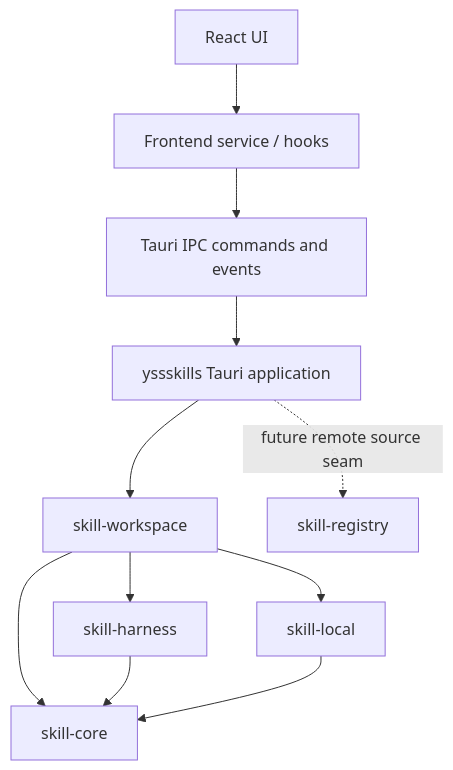
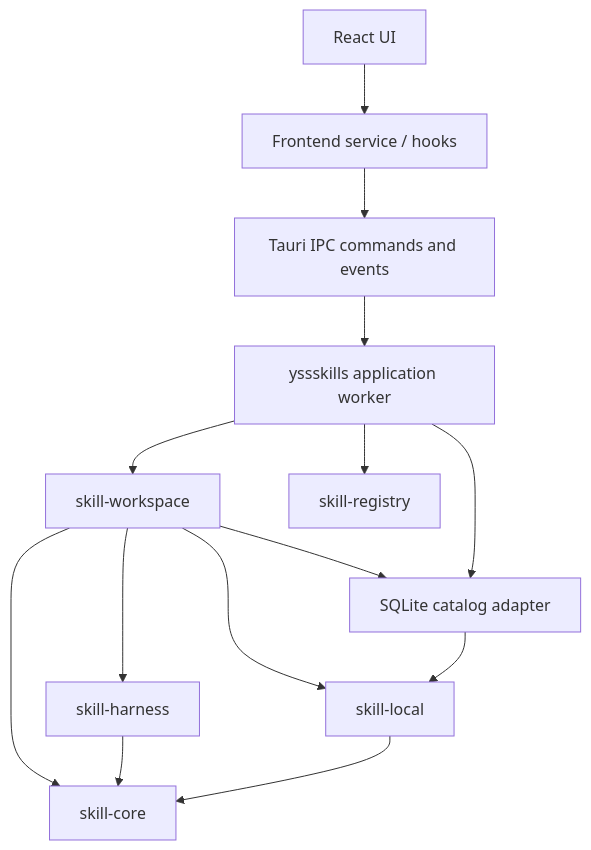
The diagram in docs/architecture/ARCHITECTURE.md (zhouyi207/YssSkills), drawn with Mermaid before and after one commit. The commit also changed other lines of this file and 1 other file, not shown here.

Commit message:
docs: Document integrated application layers

````diff
--- a/docs/architecture/ARCHITECTURE.md
+++ b/docs/architecture/ARCHITECTURE.md
@@ -59,16 +61,19 @@
 ```mermaid
 flowchart TD
     UI[React UI] --> FrontendService[Frontend service / hooks]
     FrontendService --> IPC[Tauri IPC commands and events]
-    IPC --> App[yssskills Tauri application]
-    App --> Workspace[skill-workspace]
+    IPC --> AppWorker[yssskills application worker]
+    AppWorker --> Workspace[skill-workspace]
+    AppWorker --> Registry[skill-registry]
+    AppWorker --> Persistence[SQLite catalog adapter]
 
     Workspace --> Core[skill-core]
     Workspace --> Harness[skill-harness]
     Workspace --> Local[skill-local]
-    App -. future remote source seam .-> Registry[skill-registry]
+    Workspace --> Persistence
+    Persistence --> Local
 
     Harness --> Core
     Local --> Core
 
 ```
````
